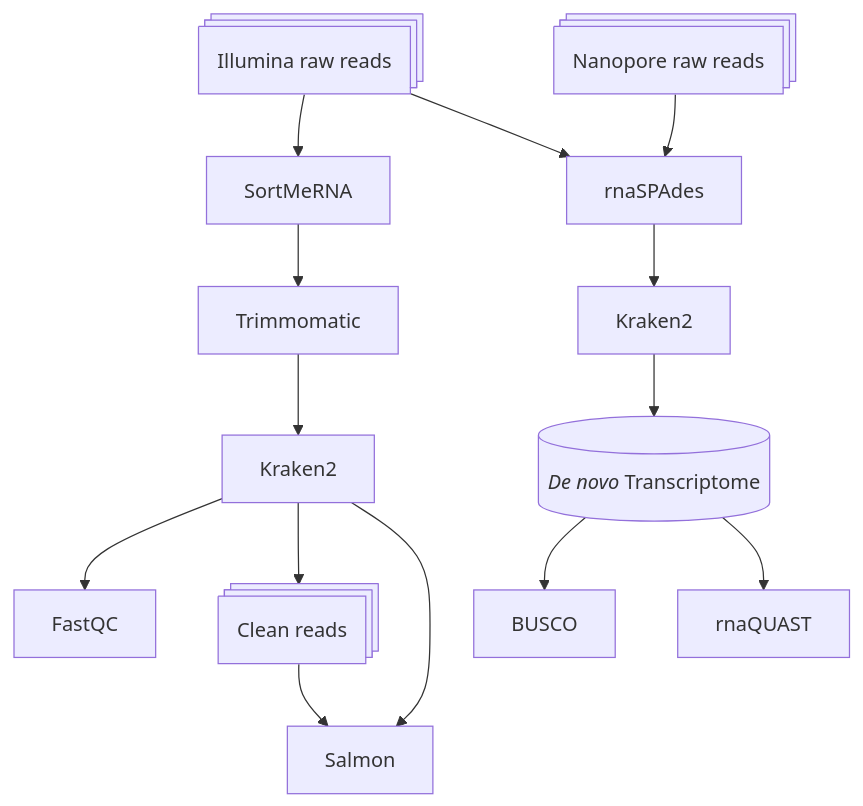
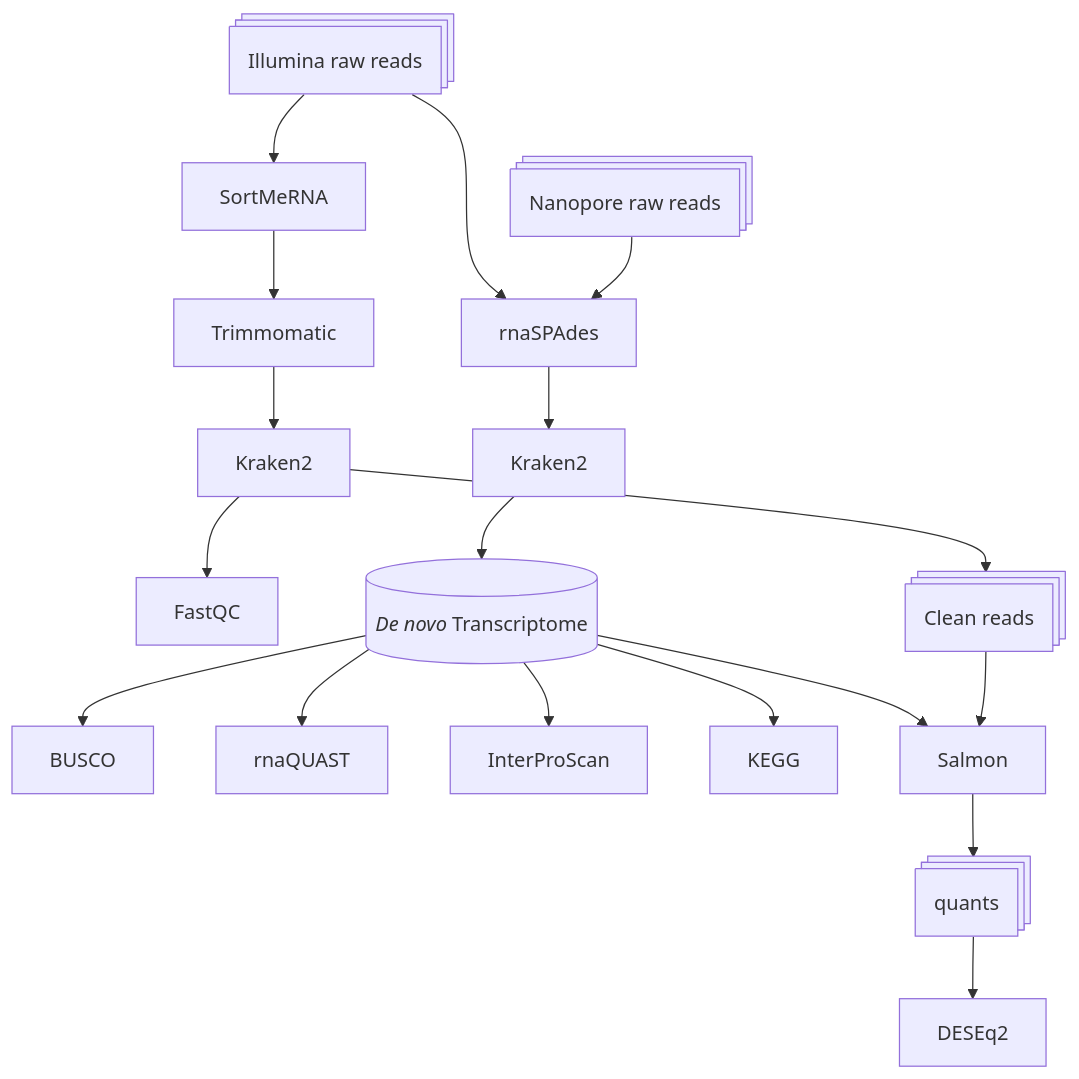
One commit to kuprinak/Phragmites_drought_RNAseq changed the diagram in README.md. Above: the diagram before and after it, drawn with Mermaid.

````diff
--- a/README.md
+++ b/README.md
@@ -6,17 +6,20 @@
 ```mermaid
 flowchart TB
     A@{shape: procs, label: "Illumina raw reads"} --> B[SortMeRNA];
     B --> C[Trimmomatic];
     C --> K[Kraken2];
     K --> E[FastQC];
     K --> F@{shape: procs, label: "Clean reads"};
     A --> G[rnaSPAdes];
     AA@{shape: procs, label: "Nanopore raw reads"} --> G[rnaSPAdes];
     G --> K2[Kraken2];
     K2 -->T@{shape: cyl, label: "_De novo_ Transcriptome"};
     T --> BU[BUSCO];
     T --> Q[rnaQUAST];
-    K --> S[Salmon];
+    T --> I[InterProScan];
+    T --> KEGG;  
+    T --> S[Salmon];
     F --> S[Salmon];
-
+    S --> q@{shape: procs, label: "quants"};
+    q --> R[DESEq2];
 ```
````
